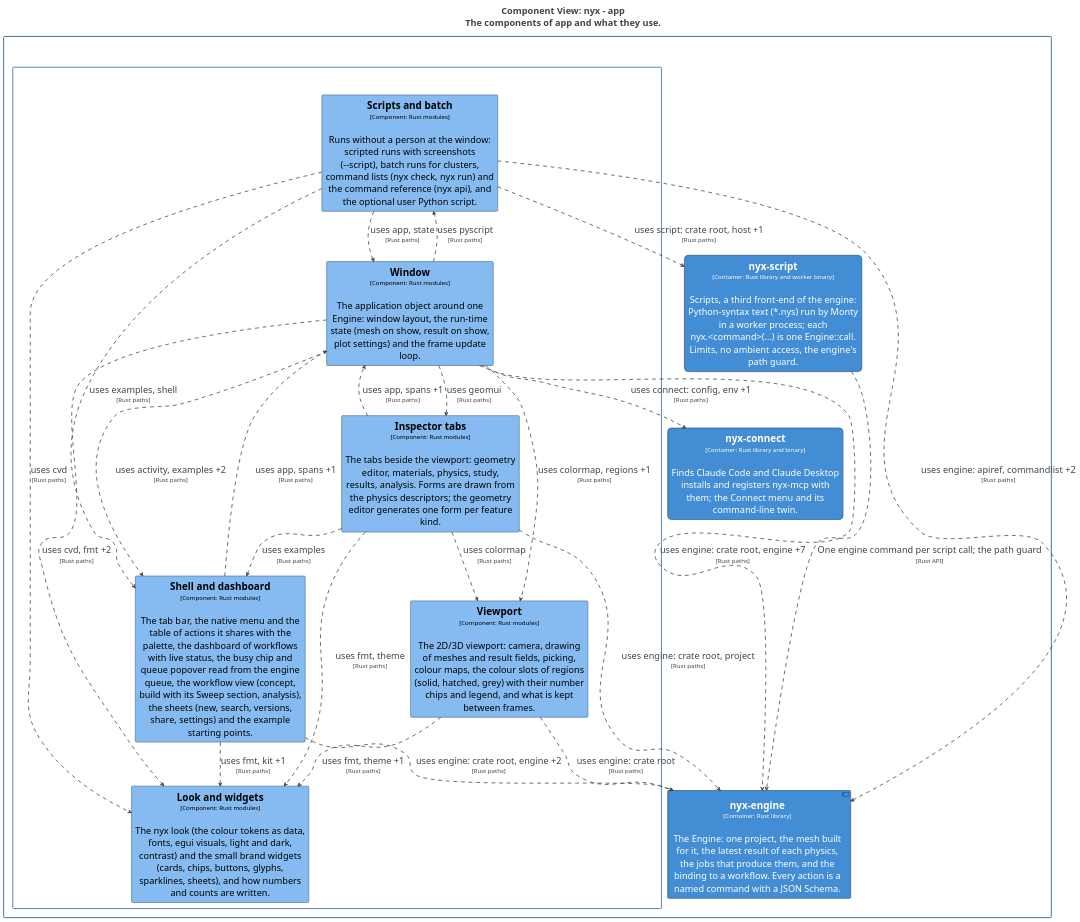
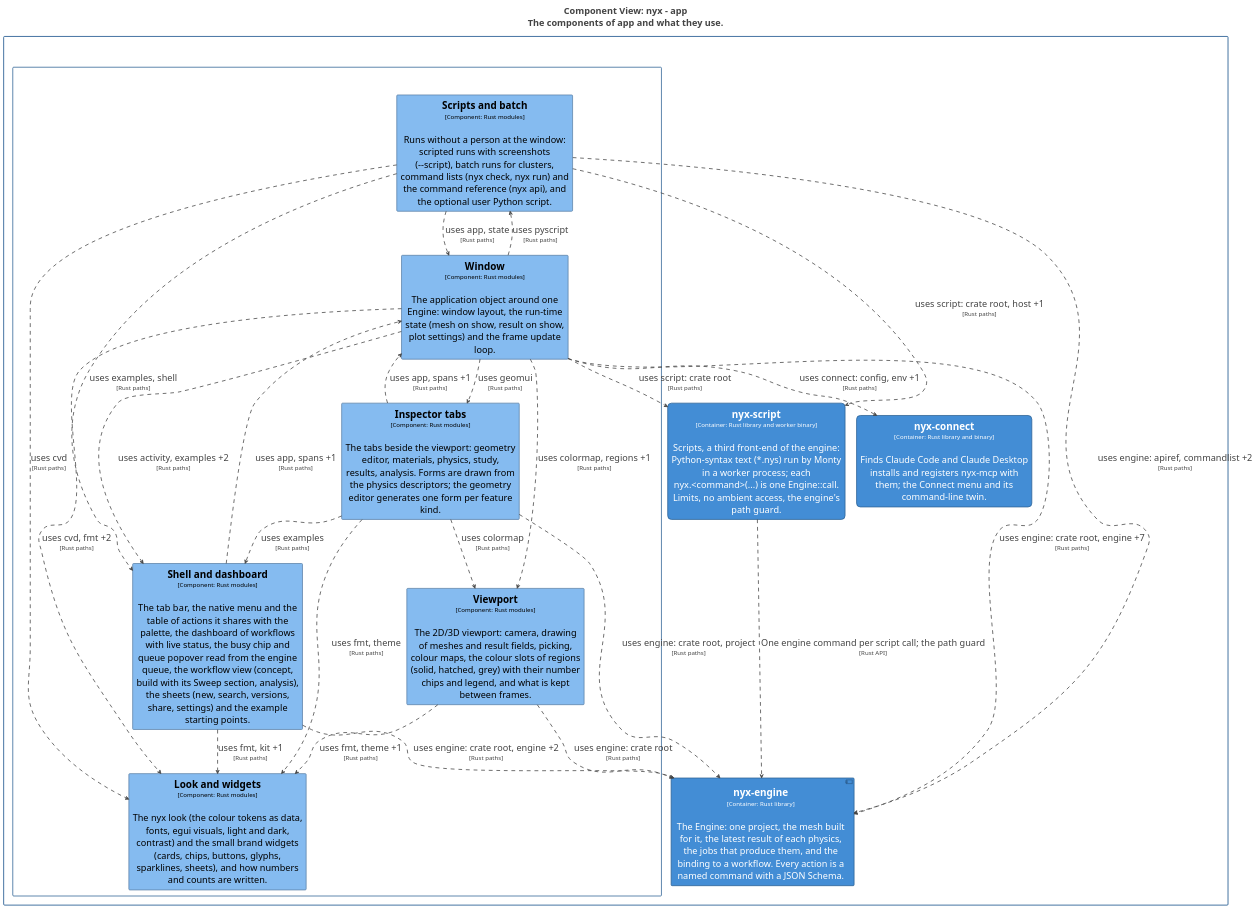
Before and after one commit to p-j-r/nyx: the diagram in docs/architecture/c4/export/plantuml/structurizr-Components_app.puml, drawn with PlantUML. The commit also changed 39 other files, not shown here.

```diff
--- a/docs/architecture/c4/export/plantuml/structurizr-Components_app.puml
+++ b/docs/architecture/c4/export/plantuml/structurizr-Components_app.puml
@@ -1,123 +1,124 @@
 @startuml
 title <size:24>Component View: nyx - app</size>\n<size:24>The components of app and what they use.</size>
 
 set separator none
 top to bottom direction
 skinparam ranksep 60
 skinparam nodesep 30
 hide stereotype
 
 <style>
   root {
     BackgroundColor: #ffffff;
     FontColor: #444444;
   }
   // Element,Component
   .Element-RWxlbWVudCxDb21wb25lbnQ= {
     BackgroundColor: #85bbf0;
     LineColor: #5d82a8;
     LineStyle: 0;
     LineThickness: 2;
     FontColor: #000000;
     FontSize: 24;
     HorizontalAlignment: center;
     Shadowing: 0;
     MaximumWidth: 450;
   }
   // Element,Container,Executable
   .Element-RWxlbWVudCxDb250YWluZXIsRXhlY3V0YWJsZQ== {
     BackgroundColor: #438dd5;
     LineColor: #2e6295;
     LineStyle: 0;
     LineThickness: 2;
     RoundCorner: 20;
     FontColor: #ffffff;
     FontSize: 24;
     HorizontalAlignment: center;
     Shadowing: 0;
     MaximumWidth: 450;
   }
   // Element,Container,Library
   .Element-RWxlbWVudCxDb250YWluZXIsTGlicmFyeQ== {
     BackgroundColor: #438dd5;
     LineColor: #2e6295;
     LineStyle: 0;
     LineThickness: 2;
     FontColor: #ffffff;
     FontSize: 24;
     HorizontalAlignment: center;
     Shadowing: 0;
     MaximumWidth: 450;
   }
   // Relationship
   .Relationship-UmVsYXRpb25zaGlw {
     LineThickness: 2;
     LineStyle: 10-10;
     LineColor: #444444;
     FontColor: #444444;
     FontSize: 24;
   }
   // app
   .Boundary-YXBw {
     BackgroundColor: #ffffff;
     LineColor: #2e6295;
     LineStyle: 0;
     LineThickness: 2;
     FontColor: #ffffff;
     FontSize: 24;
     HorizontalAlignment: center;
     Shadowing: 0;
   }
   // nyx
   .Boundary-bnl4 {
     BackgroundColor: #ffffff;
     LineColor: #0b4884;
     LineStyle: 0;
     LineThickness: 2;
     FontColor: #ffffff;
     FontSize: 24;
     HorizontalAlignment: center;
     Shadowing: 0;
   }
 </style>
 
 rectangle "nyx\n<size:16>[Software System]</size>" <<Boundary-bnl4>> {
   rectangle "app\n<size:16>[Container: Rust, eframe/egui]</size>" <<Boundary-YXBw>> {
     rectangle "==Viewport\n<size:16>[Component: Rust modules]</size>\n\nThe 2D/3D viewport: camera, drawing of meshes and result fields, picking, colour maps, the colour slots of regions (solid, hatched, grey) with their number chips and legend, and what is kept between frames." <<Element-RWxlbWVudCxDb21wb25lbnQ=>> as nyx.app.Viewport
     rectangle "==Look and widgets\n<size:16>[Component: Rust modules]</size>\n\nThe nyx look (the colour tokens as data, fonts, egui visuals, light and dark, contrast) and the small brand widgets (cards, chips, buttons, glyphs, sparklines, sheets), and how numbers and counts are written." <<Element-RWxlbWVudCxDb21wb25lbnQ=>> as nyx.app.Lookandwidgets
     rectangle "==Scripts and batch\n<size:16>[Component: Rust modules]</size>\n\nRuns without a person at the window: scripted runs with screenshots (--script), batch runs for clusters, command lists (nyx check, nyx run) and the command reference (nyx api), and the optional user Python script." <<Element-RWxlbWVudCxDb21wb25lbnQ=>> as nyx.app.Scriptsandbatch
     rectangle "==Window\n<size:16>[Component: Rust modules]</size>\n\nThe application object around one Engine: window layout, the run-time state (mesh on show, result on show, plot settings) and the frame update loop." <<Element-RWxlbWVudCxDb21wb25lbnQ=>> as nyx.app.Window
     rectangle "==Shell and dashboard\n<size:16>[Component: Rust modules]</size>\n\nThe tab bar, the native menu and the table of actions it shares with the palette, the dashboard of workflows with live status, the busy chip and queue popover read from the engine queue, the workflow view (concept, build with its Sweep section, analysis), the sheets (new, search, versions, share, settings) and the example starting points." <<Element-RWxlbWVudCxDb21wb25lbnQ=>> as nyx.app.Shellanddashboard
     rectangle "==Inspector tabs\n<size:16>[Component: Rust modules]</size>\n\nThe tabs beside the viewport: geometry editor, materials, physics, study, results, analysis. Forms are drawn from the physics descriptors; the geometry editor generates one form per feature kind." <<Element-RWxlbWVudCxDb21wb25lbnQ=>> as nyx.app.Inspectortabs
   }
 
   rectangle "==nyx-script\n<size:16>[Container: Rust library and worker binary]</size>\n\nScripts, a third front-end of the engine: Python-syntax text (*.nys) run by Monty in a worker process; each nyx.<command>(...) is one Engine::call. Limits, no ambient access, the engine's path guard." <<Element-RWxlbWVudCxDb250YWluZXIsRXhlY3V0YWJsZQ==>> as nyx.nyxscript
   rectangle "==nyx-connect\n<size:16>[Container: Rust library and binary]</size>\n\nFinds Claude Code and Claude Desktop installs and registers nyx-mcp with them; the Connect menu and its command-line twin." <<Element-RWxlbWVudCxDb250YWluZXIsRXhlY3V0YWJsZQ==>> as nyx.nyxconnect
   component "==nyx-engine\n<size:16>[Container: Rust library]</size>\n\nThe Engine: one project, the mesh built for it, the latest result of each physics, the jobs that produce them, and the binding to a workflow. Every action is a named command with a JSON Schema." <<Element-RWxlbWVudCxDb250YWluZXIsTGlicmFyeQ==>> as nyx.nyxengine
 }
 
 nyx.nyxscript --> nyx.nyxengine <<Relationship-UmVsYXRpb25zaGlw>> : "One engine command per script call; the path guard\n<size:16>[Rust API]</size>"
 nyx.app.Scriptsandbatch --> nyx.nyxengine <<Relationship-UmVsYXRpb25zaGlw>> : "uses engine: apiref, commandlist +2\n<size:16>[Rust paths]</size>"
 nyx.app.Scriptsandbatch --> nyx.nyxscript <<Relationship-UmVsYXRpb25zaGlw>> : "uses script: crate root, host +1\n<size:16>[Rust paths]</size>"
 nyx.app.Scriptsandbatch --> nyx.app.Shellanddashboard <<Relationship-UmVsYXRpb25zaGlw>> : "uses examples, shell\n<size:16>[Rust paths]</size>"
 nyx.app.Scriptsandbatch --> nyx.app.Lookandwidgets <<Relationship-UmVsYXRpb25zaGlw>> : "uses cvd\n<size:16>[Rust paths]</size>"
 nyx.app.Scriptsandbatch --> nyx.app.Window <<Relationship-UmVsYXRpb25zaGlw>> : "uses app, state\n<size:16>[Rust paths]</size>"
 nyx.app.Inspectortabs --> nyx.nyxengine <<Relationship-UmVsYXRpb25zaGlw>> : "uses engine: crate root, project\n<size:16>[Rust paths]</size>"
 nyx.app.Inspectortabs --> nyx.app.Shellanddashboard <<Relationship-UmVsYXRpb25zaGlw>> : "uses examples\n<size:16>[Rust paths]</size>"
 nyx.app.Inspectortabs --> nyx.app.Lookandwidgets <<Relationship-UmVsYXRpb25zaGlw>> : "uses fmt, theme\n<size:16>[Rust paths]</size>"
 nyx.app.Inspectortabs --> nyx.app.Viewport <<Relationship-UmVsYXRpb25zaGlw>> : "uses colormap\n<size:16>[Rust paths]</size>"
 nyx.app.Inspectortabs --> nyx.app.Window <<Relationship-UmVsYXRpb25zaGlw>> : "uses app, spans +1\n<size:16>[Rust paths]</size>"
 nyx.app.Shellanddashboard --> nyx.nyxengine <<Relationship-UmVsYXRpb25zaGlw>> : "uses engine: crate root, engine +2\n<size:16>[Rust paths]</size>"
 nyx.app.Shellanddashboard --> nyx.app.Lookandwidgets <<Relationship-UmVsYXRpb25zaGlw>> : "uses fmt, kit +1\n<size:16>[Rust paths]</size>"
 nyx.app.Shellanddashboard --> nyx.app.Window <<Relationship-UmVsYXRpb25zaGlw>> : "uses app, spans +1\n<size:16>[Rust paths]</size>"
 nyx.app.Viewport --> nyx.nyxengine <<Relationship-UmVsYXRpb25zaGlw>> : "uses engine: crate root\n<size:16>[Rust paths]</size>"
 nyx.app.Viewport --> nyx.app.Lookandwidgets <<Relationship-UmVsYXRpb25zaGlw>> : "uses fmt, theme +1\n<size:16>[Rust paths]</size>"
 nyx.app.Window --> nyx.nyxconnect <<Relationship-UmVsYXRpb25zaGlw>> : "uses connect: config, env +1\n<size:16>[Rust paths]</size>"
 nyx.app.Window --> nyx.nyxengine <<Relationship-UmVsYXRpb25zaGlw>> : "uses engine: crate root, engine +7\n<size:16>[Rust paths]</size>"
+nyx.app.Window --> nyx.nyxscript <<Relationship-UmVsYXRpb25zaGlw>> : "uses script: crate root\n<size:16>[Rust paths]</size>"
 nyx.app.Window --> nyx.app.Scriptsandbatch <<Relationship-UmVsYXRpb25zaGlw>> : "uses pyscript\n<size:16>[Rust paths]</size>"
 nyx.app.Window --> nyx.app.Inspectortabs <<Relationship-UmVsYXRpb25zaGlw>> : "uses geomui\n<size:16>[Rust paths]</size>"
 nyx.app.Window --> nyx.app.Shellanddashboard <<Relationship-UmVsYXRpb25zaGlw>> : "uses activity, examples +2\n<size:16>[Rust paths]</size>"
 nyx.app.Window --> nyx.app.Lookandwidgets <<Relationship-UmVsYXRpb25zaGlw>> : "uses cvd, fmt +2\n<size:16>[Rust paths]</size>"
 nyx.app.Window --> nyx.app.Viewport <<Relationship-UmVsYXRpb25zaGlw>> : "uses colormap, regions +1\n<size:16>[Rust paths]</size>"
 
 @enduml
```
